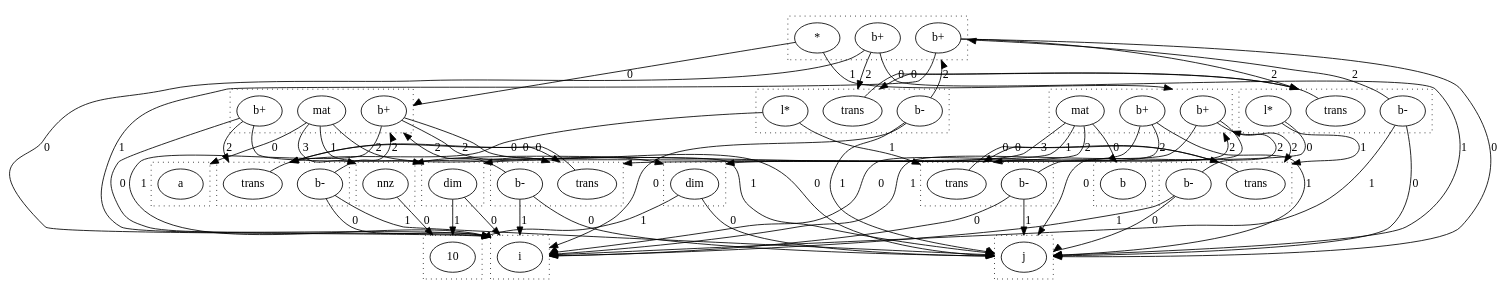
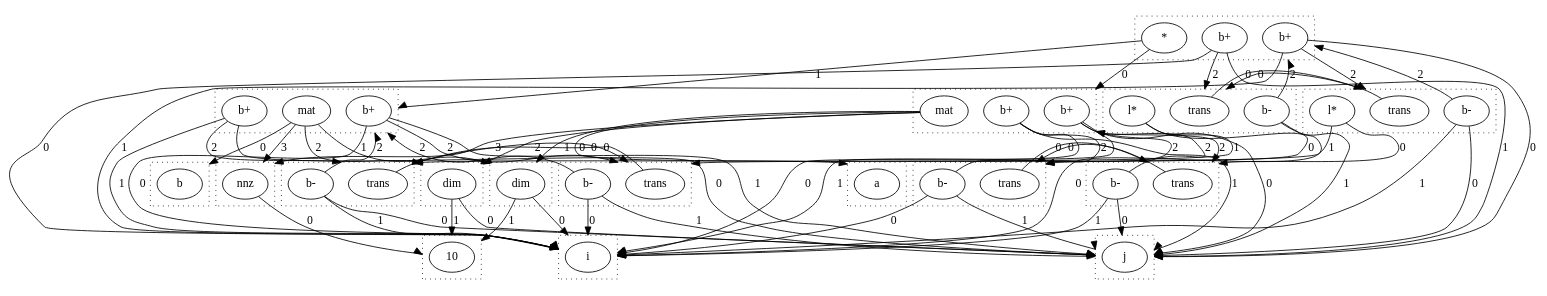
Before and after one commit to wormhole-optimization/warp: the diagram in dots/raunbind.dot, drawn with Graphviz. The commit also changed 2 other files, not shown here.

```diff
--- a/dots/raunbind.dot
+++ b/dots/raunbind.dot
@@ -1,146 +1,146 @@
 digraph {
   compound=true
   subgraph cluster_0 {
     style=dotted
     0.0[label = "i"]
   }
   subgraph cluster_1 {
     style=dotted
     1.0[label = "j"]
   }
   subgraph cluster_2 {
     style=dotted
     2.0[label = "a"]
   }
   subgraph cluster_3 {
     style=dotted
     3.0[label = "10"]
   }
   subgraph cluster_4 {
     style=dotted
     4.0[label = "dim"]
   }
   subgraph cluster_5 {
     style=dotted
     5.0[label = "dim"]
   }
   subgraph cluster_6 {
     style=dotted
     6.0[label = "nnz"]
   }
   subgraph cluster_7 {
     style=dotted
     7.0[label = "b+"]
     7.1[label = "mat"]
     7.2[label = "b+"]
   }
   subgraph cluster_8 {
     style=dotted
     8.0[label = "b"]
   }
   subgraph cluster_9 {
     style=dotted
     9.0[label = "b+"]
     9.1[label = "mat"]
     9.2[label = "b+"]
   }
   subgraph cluster_10 {
     style=dotted
     10.0[label = "b+"]
     10.1[label = "*"]
     10.2[label = "b+"]
   }
   subgraph cluster_11 {
     style=dotted
     11.0[label = "trans"]
     11.1[label = "b-"]
     11.2[label = "l*"]
   }
   subgraph cluster_12 {
     style=dotted
     12.0[label = "trans"]
     12.1[label = "b-"]
   }
   subgraph cluster_14 {
     style=dotted
     14.0[label = "trans"]
     14.1[label = "b-"]
   }
   subgraph cluster_16 {
     style=dotted
     16.0[label = "trans"]
     16.1[label = "b-"]
   }
   subgraph cluster_18 {
     style=dotted
     18.0[label = "trans"]
     18.1[label = "b-"]
   }
   subgraph cluster_21 {
     style=dotted
     21.0[label = "trans"]
     21.1[label = "b-"]
     21.2[label = "l*"]
   }
   4.0 -> 0.0 [lhead = cluster_0, label = 0]
   4.0 -> 3.0 [lhead = cluster_3, label = 1]
   5.0 -> 1.0 [lhead = cluster_1, label = 0]
   5.0 -> 3.0 [lhead = cluster_3, label = 1]
   6.0 -> 3.0 [lhead = cluster_3, label = 0]
   7.0 -> 1.0 [lhead = cluster_1, label = 0]
   7.0 -> 0.0 [lhead = cluster_0, label = 1]
   7.0 -> 14.0 [lhead = cluster_14, label = 2]
   7.1 -> 2.0 [lhead = cluster_2, label = 0]
   7.1 -> 4.0 [lhead = cluster_4, label = 1]
   7.1 -> 5.0 [lhead = cluster_5, label = 2]
   7.1 -> 6.0 [lhead = cluster_6, label = 3]
   7.2 -> 0.0 [lhead = cluster_0, label = 0]
   7.2 -> 1.0 [lhead = cluster_1, label = 1]
   7.2 -> 12.0 [lhead = cluster_12, label = 2]
-  9.0 -> 1.0 [lhead = cluster_1, label = 0]
-  9.0 -> 0.0 [lhead = cluster_0, label = 1]
+  9.0 -> 0.0 [lhead = cluster_0, label = 0]
+  9.0 -> 1.0 [lhead = cluster_1, label = 1]
   9.0 -> 18.0 [lhead = cluster_18, label = 2]
   9.1 -> 8.0 [lhead = cluster_8, label = 0]
   9.1 -> 4.0 [lhead = cluster_4, label = 1]
   9.1 -> 5.0 [lhead = cluster_5, label = 2]
   9.1 -> 6.0 [lhead = cluster_6, label = 3]
-  9.2 -> 0.0 [lhead = cluster_0, label = 0]
-  9.2 -> 1.0 [lhead = cluster_1, label = 1]
+  9.2 -> 1.0 [lhead = cluster_1, label = 0]
+  9.2 -> 0.0 [lhead = cluster_0, label = 1]
   9.2 -> 16.0 [lhead = cluster_16, label = 2]
   10.0 -> 1.0 [lhead = cluster_1, label = 0]
   10.0 -> 0.0 [lhead = cluster_0, label = 1]
   10.0 -> 21.0 [lhead = cluster_21, label = 2]
   10.1 -> 7.0 [lhead = cluster_7, label = 0]
   10.1 -> 9.0 [lhead = cluster_9, label = 1]
   10.2 -> 0.0 [lhead = cluster_0, label = 0]
   10.2 -> 1.0 [lhead = cluster_1, label = 1]
   10.2 -> 11.0 [lhead = cluster_11, label = 2]
   11.0 -> 21.0 [lhead = cluster_21, label = 0]
   11.1 -> 0.0 [lhead = cluster_0, label = 0]
   11.1 -> 1.0 [lhead = cluster_1, label = 1]
   11.1 -> 10.0 [lhead = cluster_10, label = 2]
   11.2 -> 12.0 [lhead = cluster_12, label = 0]
-  11.2 -> 16.0 [lhead = cluster_16, label = 1]
+  11.2 -> 18.0 [lhead = cluster_18, label = 1]
   12.0 -> 14.0 [lhead = cluster_14, label = 0]
   12.1 -> 0.0 [lhead = cluster_0, label = 0]
   12.1 -> 1.0 [lhead = cluster_1, label = 1]
   12.1 -> 7.0 [lhead = cluster_7, label = 2]
   14.0 -> 12.0 [lhead = cluster_12, label = 0]
   14.1 -> 1.0 [lhead = cluster_1, label = 0]
   14.1 -> 0.0 [lhead = cluster_0, label = 1]
   14.1 -> 7.0 [lhead = cluster_7, label = 2]
   16.0 -> 18.0 [lhead = cluster_18, label = 0]
-  16.1 -> 0.0 [lhead = cluster_0, label = 0]
-  16.1 -> 1.0 [lhead = cluster_1, label = 1]
+  16.1 -> 1.0 [lhead = cluster_1, label = 0]
+  16.1 -> 0.0 [lhead = cluster_0, label = 1]
   16.1 -> 9.0 [lhead = cluster_9, label = 2]
   18.0 -> 16.0 [lhead = cluster_16, label = 0]
-  18.1 -> 1.0 [lhead = cluster_1, label = 0]
-  18.1 -> 0.0 [lhead = cluster_0, label = 1]
+  18.1 -> 0.0 [lhead = cluster_0, label = 0]
+  18.1 -> 1.0 [lhead = cluster_1, label = 1]
   18.1 -> 9.0 [lhead = cluster_9, label = 2]
   21.0 -> 11.0 [lhead = cluster_11, label = 0]
   21.1 -> 1.0 [lhead = cluster_1, label = 0]
   21.1 -> 0.0 [lhead = cluster_0, label = 1]
   21.1 -> 10.0 [lhead = cluster_10, label = 2]
   21.2 -> 14.0 [lhead = cluster_14, label = 0]
-  21.2 -> 18.0 [lhead = cluster_18, label = 1]
+  21.2 -> 16.0 [lhead = cluster_16, label = 1]
 }
```
